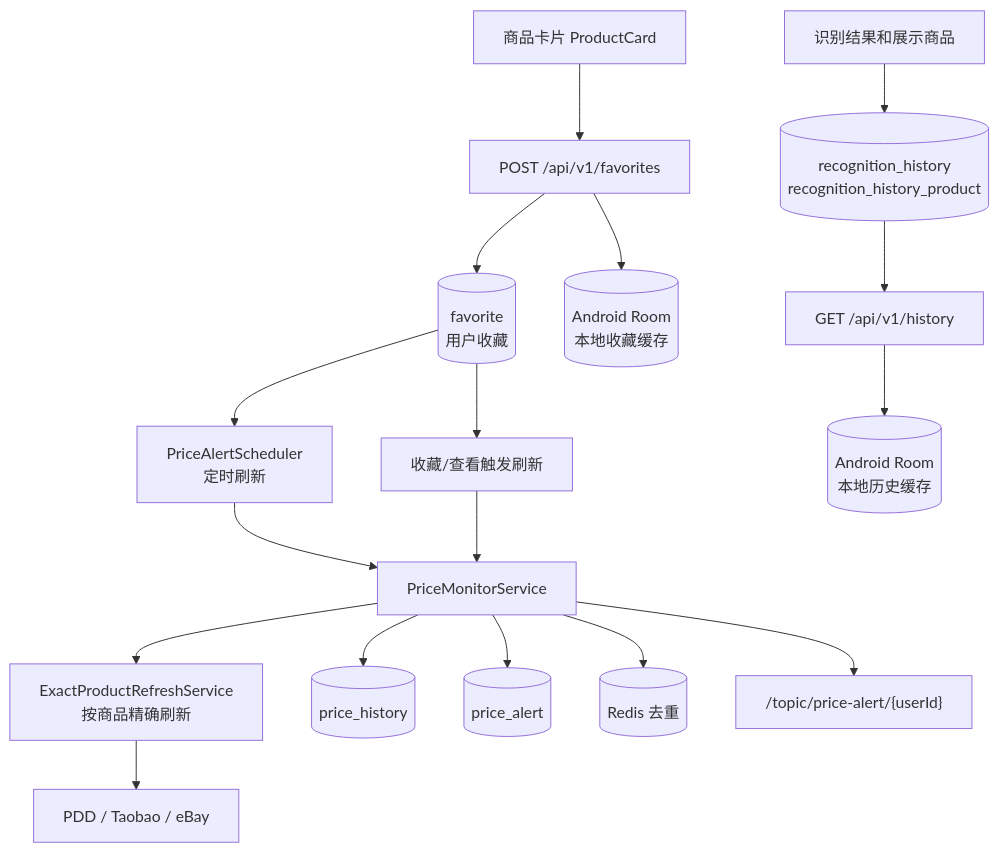
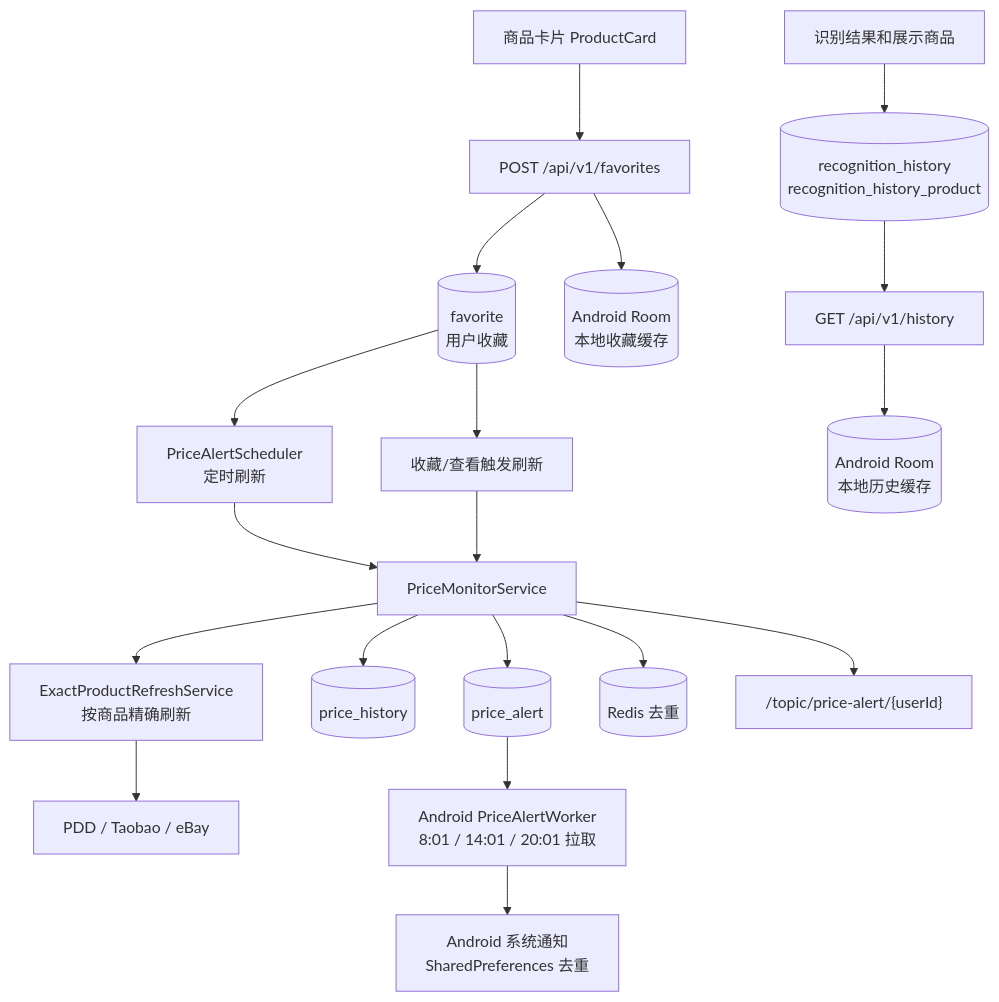
The eighth of 12 diagrams in docs/architecture-design.md (buwenjiayou/VisionCart), drawn with Mermaid before and after one commit. The commit also changed other lines of this file and 69 other files, not shown here.

````diff
--- a/docs/architecture-design.md
+++ b/docs/architecture-design.md
@@ -273,22 +300,24 @@
 ```mermaid
 flowchart TB
     Product["商品卡片 ProductCard"] --> FavoriteApi["POST /api/v1/favorites"]
     FavoriteApi --> FavoriteDB[("favorite<br/>用户收藏")]
     FavoriteApi --> LocalRoom[("Android Room<br/>本地收藏缓存")]
 
     FavoriteDB --> PriceScheduler["PriceAlertScheduler<br/>定时刷新"]
     FavoriteDB --> RefreshOnView["收藏/查看触发刷新"]
     PriceScheduler --> PriceMonitor["PriceMonitorService"]
     RefreshOnView --> PriceMonitor
 
     PriceMonitor --> ExactRefresh["ExactProductRefreshService<br/>按商品精确刷新"]
     ExactRefresh --> Platforms["PDD / Taobao / eBay"]
     PriceMonitor --> PriceHistory[("price_history")]
     PriceMonitor --> PriceAlert[("price_alert")]
     PriceMonitor --> Dedup[("Redis 去重")]
     PriceMonitor --> Notify["/topic/price-alert/{userId}"]
+    PriceAlert --> Worker["Android PriceAlertWorker<br/>8:01 / 14:01 / 20:01 拉取"]
+    Worker --> LocalNotify["Android 系统通知<br/>SharedPreferences 去重"]
 
     Recognition["识别结果和展示商品"] --> HistoryDB[("recognition_history<br/>recognition_history_product")]
     HistoryDB --> HistoryApi["GET /api/v1/history"]
     HistoryApi --> LocalHistory[("Android Room<br/>本地历史缓存")]
 ```
````
